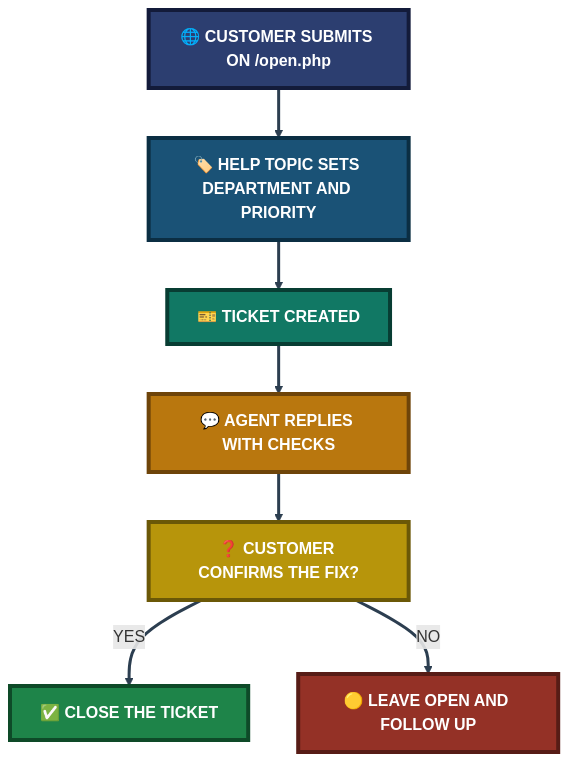
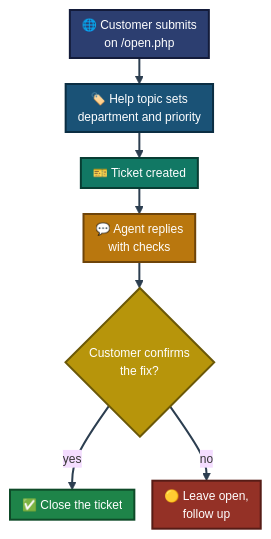
Before and after one commit to malaika-azhar/Real-World-Tier2-Support-Projects: the sixth of 8 diagrams in project-1-osticket-helpdesk-deployment/README.md, drawn with Mermaid. The commit also changed other lines of this file, not shown here.

````diff
--- a/project-1-osticket-helpdesk-deployment/README.md
+++ b/project-1-osticket-helpdesk-deployment/README.md
@@ -448,24 +506,16 @@
 ```mermaid
+%%{init: {'theme': 'base', 'themeVariables': {'fontSize': '12px'}, 'flowchart': {'nodeSpacing': 18, 'rankSpacing': 26, 'padding': 6}}}%%
 flowchart TB
-    Sub["🌐 CUSTOMER SUBMITS ON /open.php"]:::subClass
-    Topic["🏷️ HELP TOPIC SETS DEPARTMENT AND PRIORITY"]:::topicClass
-    Tick["🎫 TICKET CREATED"]:::tickClass
-    Rep["💬 AGENT REPLIES WITH CHECKS"]:::repClass
-    Conf["❓ CUSTOMER CONFIRMS THE FIX?"]:::confClass
-    Close["✅ CLOSE THE TICKET"]:::closeClass
-    Open["🟡 LEAVE OPEN AND FOLLOW UP"]:::openClass
-
-    Sub --> Topic --> Tick --> Rep --> Conf
-    Conf -->|YES| Close
-    Conf -->|NO| Open
-
-    classDef subClass fill:#2C3E70,stroke:#131B3A,stroke-width:4px,color:#FFFFFF,font-weight:bold
-    classDef topicClass fill:#1A5276,stroke:#0B2E43,stroke-width:4px,color:#FFFFFF,font-weight:bold
-    classDef tickClass fill:#117864,stroke:#083D33,stroke-width:4px,color:#FFFFFF,font-weight:bold
-    classDef repClass fill:#B9770E,stroke:#6E4409,stroke-width:4px,color:#FFFFFF,font-weight:bold
-    classDef confClass fill:#B7950B,stroke:#6B5807,stroke-width:4px,color:#FFFFFF,font-weight:bold
-    classDef closeClass fill:#1E8449,stroke:#0E4A28,stroke-width:4px,color:#FFFFFF,font-weight:bold
-    classDef openClass fill:#943126,stroke:#571C16,stroke-width:4px,color:#FFFFFF,font-weight:bold
-
-    linkStyle default stroke:#2C3E50,stroke-width:3px
+    Sub["🌐 Customer submits<br/>on /open.php"]:::lsub --> Topic["🏷️ Help topic sets<br/>department and priority"]:::ltopic
+    Topic --> Tick["🎫 Ticket created"]:::ltick --> Rep["💬 Agent replies<br/>with checks"]:::lrep --> Conf{"Customer confirms<br/>the fix?"}:::lconf
+    Conf -->|yes| Close["✅ Close the ticket"]:::lclose
+    Conf -->|no| Open["🟡 Leave open,<br/>follow up"]:::lopen
+    classDef lsub fill:#2C3E70,stroke:#131B3A,stroke-width:2px,color:#FFFFFF
+    classDef ltopic fill:#1A5276,stroke:#0B2E43,stroke-width:2px,color:#FFFFFF
+    classDef ltick fill:#117864,stroke:#083D33,stroke-width:2px,color:#FFFFFF
+    classDef lrep fill:#B9770E,stroke:#6E4409,stroke-width:2px,color:#FFFFFF
+    classDef lconf fill:#B7950B,stroke:#6B5807,stroke-width:2px,color:#FFFFFF
+    classDef lclose fill:#1E8449,stroke:#0E4A28,stroke-width:2px,color:#FFFFFF
+    classDef lopen fill:#943126,stroke:#571C16,stroke-width:2px,color:#FFFFFF
+    linkStyle default stroke:#2C3E50,stroke-width:2px
 ```
````
